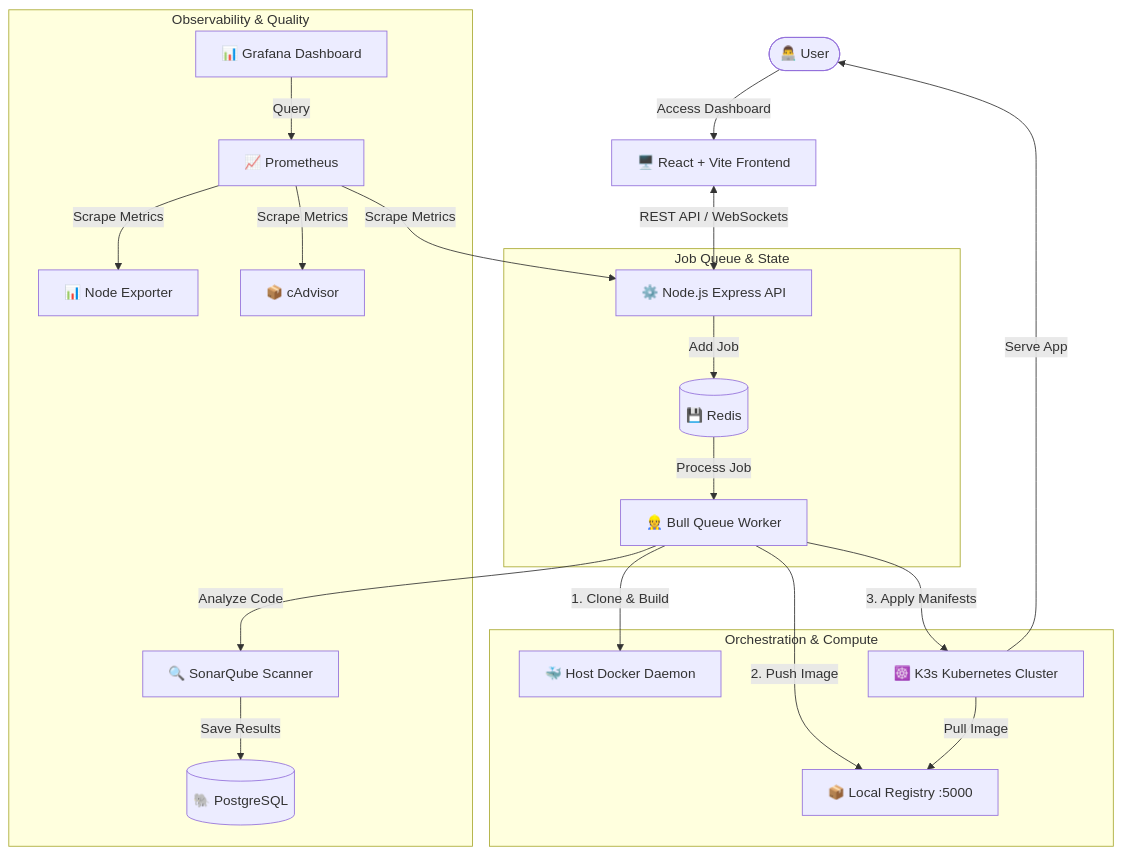
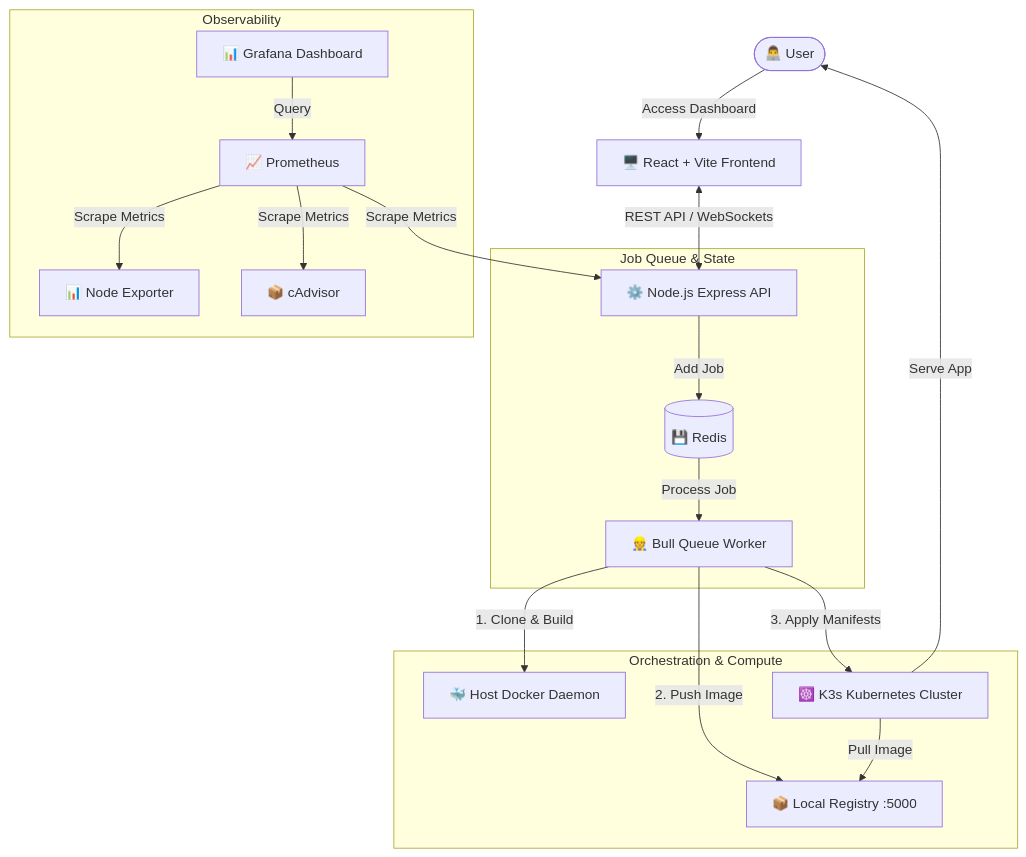
Before and after one commit to shivamkadam63s/weblaunch: the first of 2 diagrams in README.md, drawn with Mermaid. The commit also changed other lines of this file, not shown here.

Commit message:
docs: remove SonarQube references from README

````diff
--- a/README.md
+++ b/README.md
@@ -63,28 +60,26 @@
 ```mermaid
 graph TD
     User([👨‍💻 User]) -->|Access Dashboard| Frontend[🖥️ React + Vite Frontend]
     Frontend <-->|REST API / WebSockets| Backend[⚙️ Node.js Express API]
     
     subgraph "Job Queue & State"
         Backend -->|Add Job| Redis[(💾 Redis)]
         Redis -->|Process Job| Worker[👷 Bull Queue Worker]
     end
 
     subgraph "Orchestration & Compute"
         Worker -->|1. Clone & Build| DockerDaemon[🐳 Host Docker Daemon]
         Worker -->|2. Push Image| Registry[📦 Local Registry :5000]
         Worker -->|3. Apply Manifests| K3s[☸️ K3s Kubernetes Cluster]
         K3s -->|Pull Image| Registry
     end
 
-    subgraph "Observability & Quality"
-        Worker -->|Analyze Code| Sonar[🔍 SonarQube Scanner]
-        Sonar -->|Save Results| DB[(🐘 PostgreSQL)]
+    subgraph "Observability"
         Prometheus[📈 Prometheus] -->|Scrape Metrics| Backend
         Prometheus -->|Scrape Metrics| NodeExporter[📊 Node Exporter]
         Prometheus -->|Scrape Metrics| cAdvisor[📦 cAdvisor]
         Grafana[📊 Grafana Dashboard] -->|Query| Prometheus
     end
 
     K3s -->|Serve App| User
 ```
````
